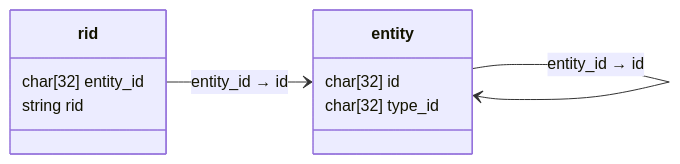
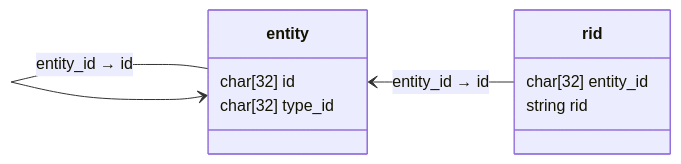
One commit to johnthesmith/scraps changed the first of 2 diagrams in ru/entities.md. Above: the diagram before and after it, drawn with Mermaid.

````diff
--- a/ru/entities.md
+++ b/ru/entities.md
@@ -116,18 +116,18 @@
 ```mermaid
 classDiagram 
-    direction LR
+    direction RL
 
     class rid {
         char[32] entity_id
         string rid
     }
 
     class entity {
         char[32] id
         char[32] type_id
     }
 
 
     entity --> entity : entity_id → id
     rid --> entity : entity_id → id
 ```
````
